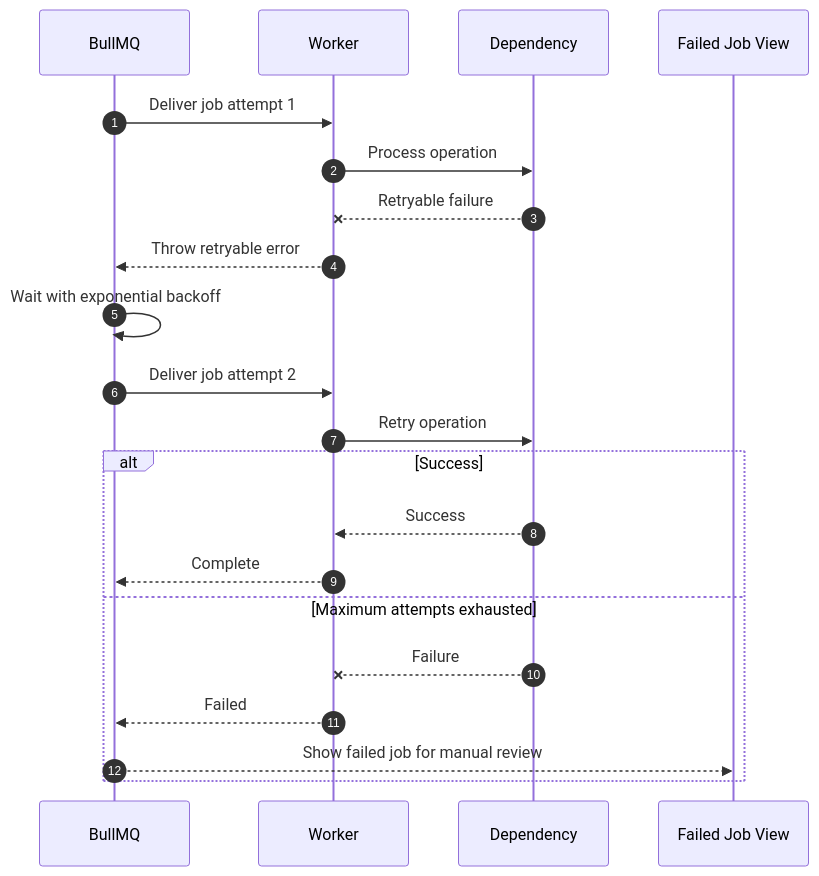
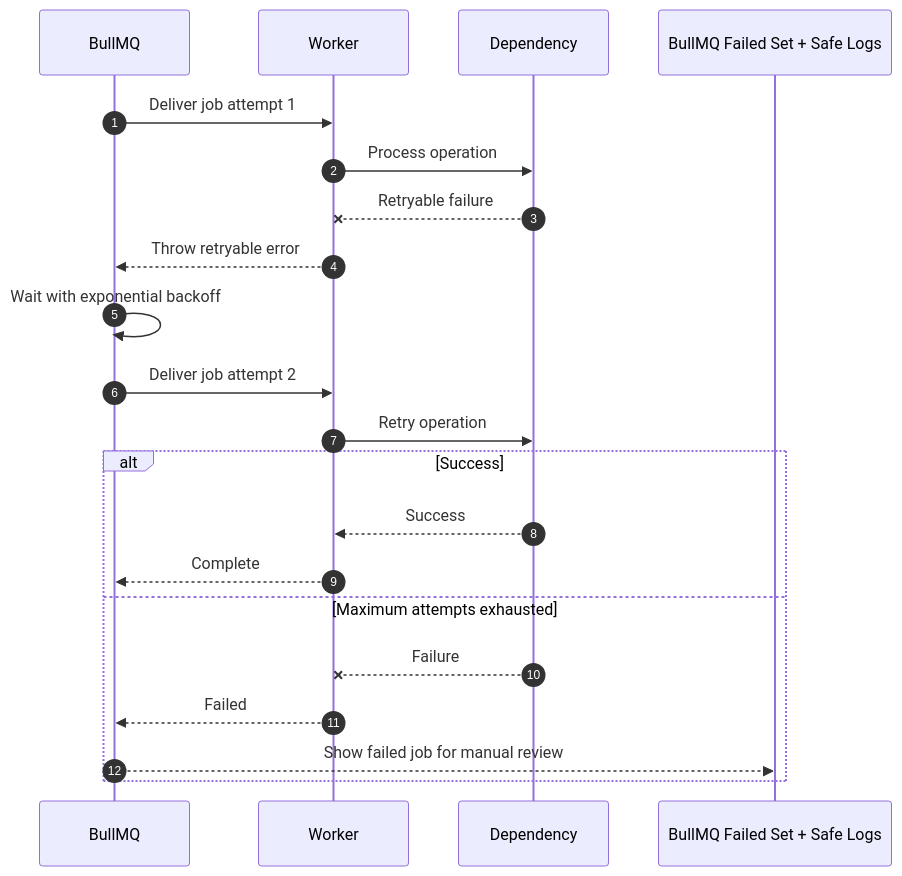
One commit to tarun5004/ProxyAi changed diagram 35 of 37 in docs/12_SEQUENCE_DIAGRAMS.md. Above: the diagram before and after it, drawn with Mermaid. The commit also changed other lines of this file and 10 other files, not shown here.

````diff
--- a/docs/12_SEQUENCE_DIAGRAMS.md
+++ b/docs/12_SEQUENCE_DIAGRAMS.md
@@ -1385,25 +1396,25 @@
 ```mermaid
 sequenceDiagram
     autonumber
     participant BullMQ
     participant Worker
     participant Dependency
-    participant DeadLetterReview as Failed Job View
+    participant DeadLetterReview as BullMQ Failed Set + Safe Logs
 
     BullMQ->>Worker: Deliver job attempt 1
     Worker->>Dependency: Process operation
     Dependency--xWorker: Retryable failure
     Worker-->>BullMQ: Throw retryable error
     BullMQ->>BullMQ: Wait with exponential backoff
     BullMQ->>Worker: Deliver job attempt 2
     Worker->>Dependency: Retry operation
 
     alt Success
         Dependency-->>Worker: Success
         Worker-->>BullMQ: Complete
     else Maximum attempts exhausted
         Dependency--xWorker: Failure
         Worker-->>BullMQ: Failed
         BullMQ-->>DeadLetterReview: Show failed job for manual review
     end
 ```
````
